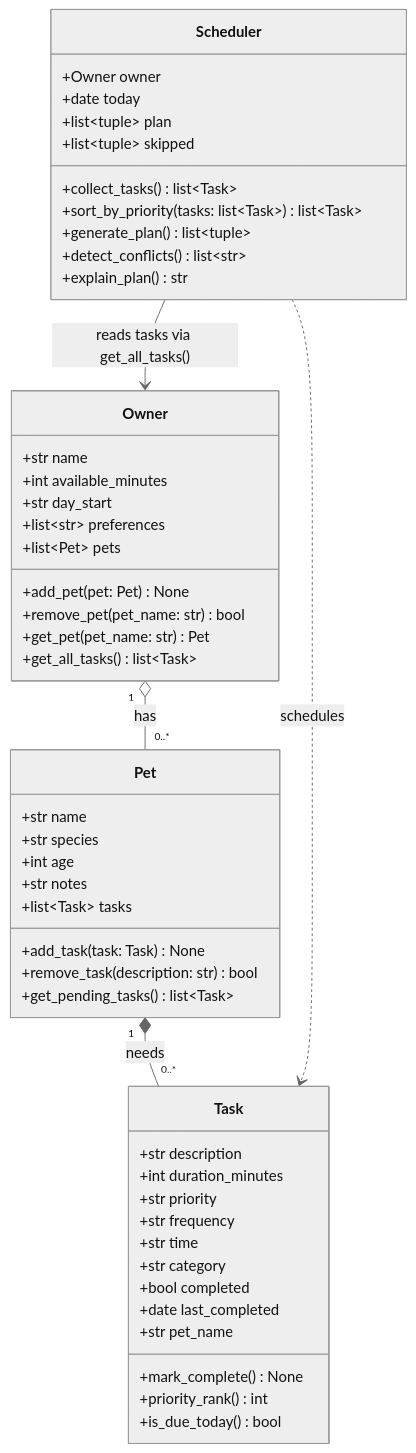
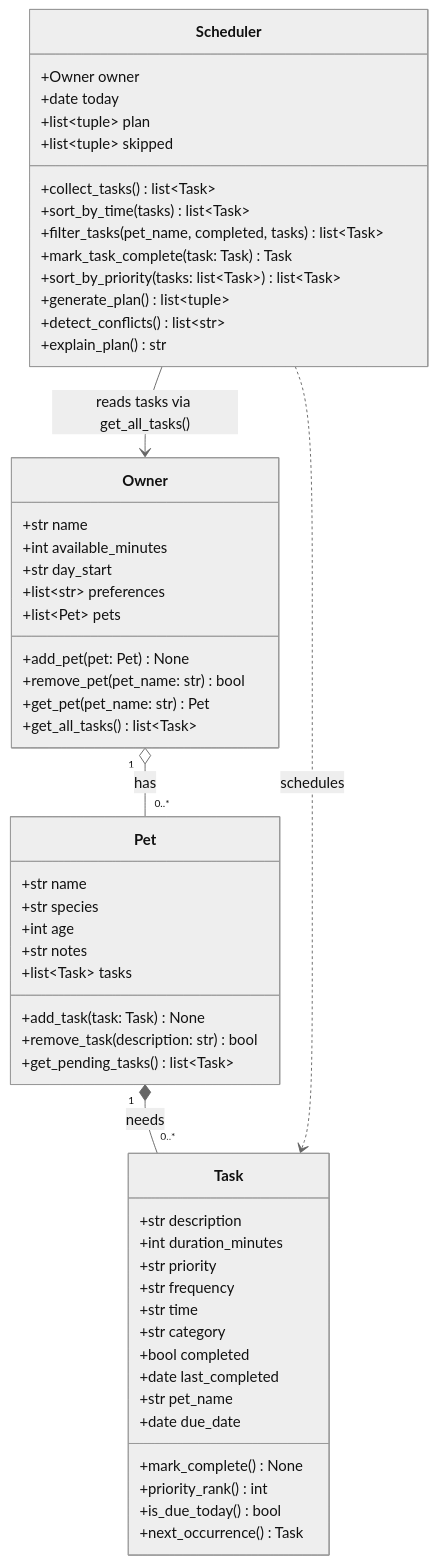
One commit to OluwatobaOyagbemi/Pawpal-AI-110 changed the diagram in diagrams/uml.mmd. Above: the diagram before and after it, drawn with Mermaid (neutral theme). The commit also changed 6 other files, not shown here.

```diff
--- a/diagrams/uml.mmd
+++ b/diagrams/uml.mmd
@@ -1,57 +1,62 @@
 classDiagram
     %% PawPal+ design. Update in Phase 6 to match the final implementation.
 
     class Owner {
         +str name
         +int available_minutes
         +str day_start
         +list~str~ preferences
         +list~Pet~ pets
         +add_pet(pet: Pet) None
         +remove_pet(pet_name: str) bool
         +get_pet(pet_name: str) Pet
         +get_all_tasks() list~Task~
     }
 
     class Pet {
         +str name
         +str species
         +int age
         +str notes
         +list~Task~ tasks
         +add_task(task: Task) None
         +remove_task(description: str) bool
         +get_pending_tasks() list~Task~
     }
 
     class Task {
         +str description
         +int duration_minutes
         +str priority
         +str frequency
         +str time
         +str category
         +bool completed
         +date last_completed
         +str pet_name
+        +date due_date
         +mark_complete() None
         +priority_rank() int
         +is_due_today() bool
+        +next_occurrence() Task
     }
 
     class Scheduler {
         +Owner owner
         +date today
         +list~tuple~ plan
         +list~tuple~ skipped
         +collect_tasks() list~Task~
+        +sort_by_time(tasks) list~Task~
+        +filter_tasks(pet_name, completed, tasks) list~Task~
+        +mark_task_complete(task: Task) Task
         +sort_by_priority(tasks: list~Task~) list~Task~
         +generate_plan() list~tuple~
         +detect_conflicts() list~str~
         +explain_plan() str
     }
 
     Owner "1" o-- "0..*" Pet : has
     Pet "1" *-- "0..*" Task : needs
     Scheduler --> Owner : reads tasks via get_all_tasks()
     Scheduler ..> Task : schedules
```
